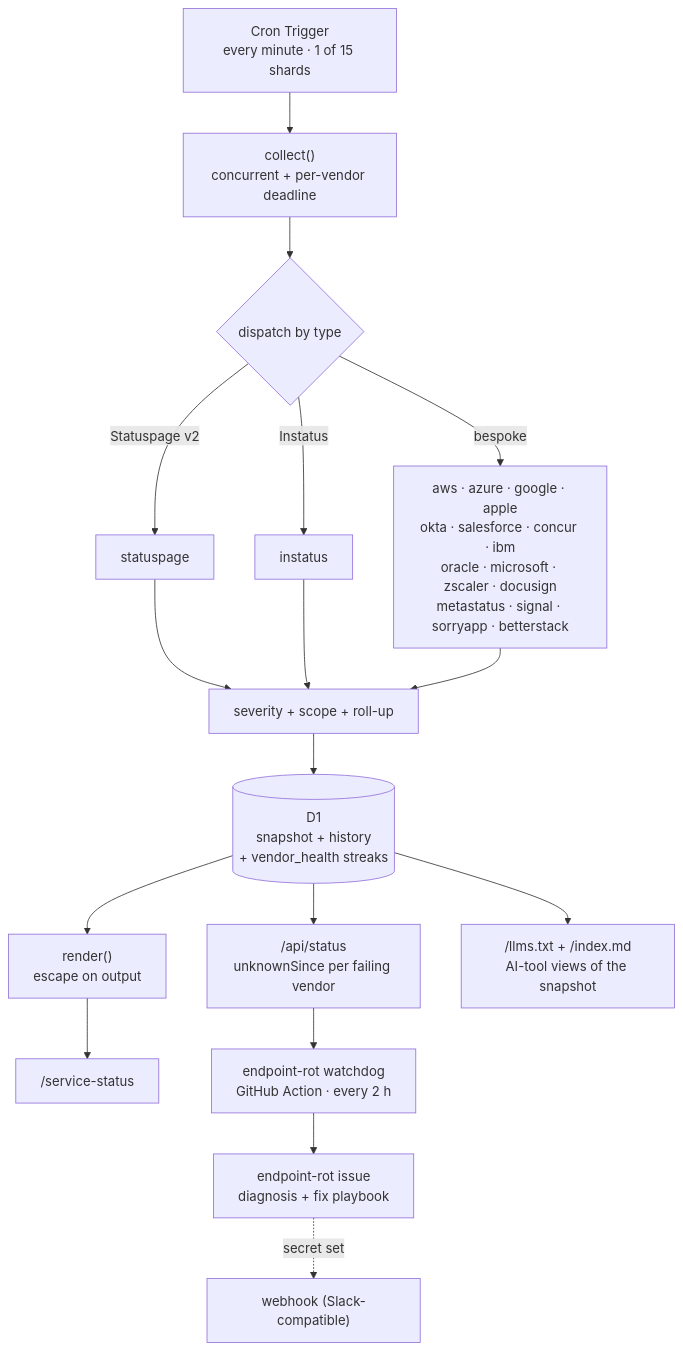
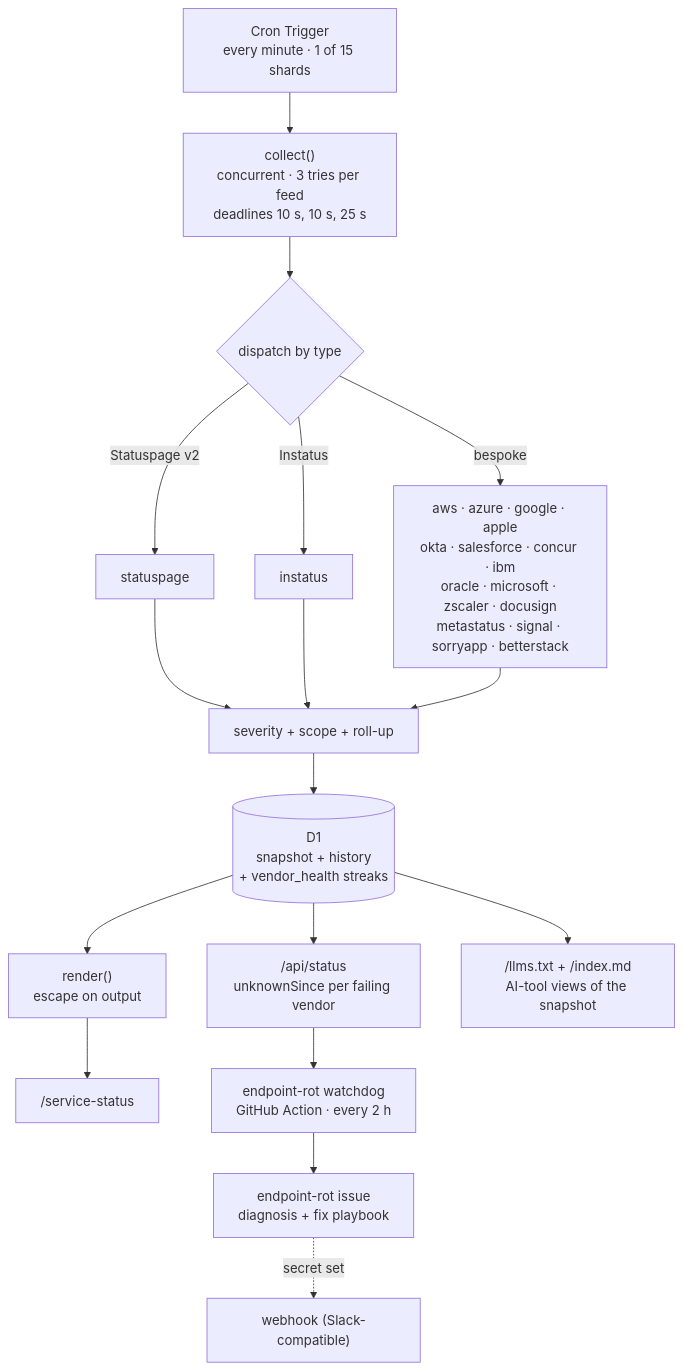
One commit to bjgreenberg/vendor-dashboard changed the first of 3 diagrams in README.md. Above: the diagram before and after it, drawn with Mermaid. The commit also changed other lines of this file and 5 other files, not shown here.

````diff
--- a/README.md
+++ b/README.md
@@ -82,19 +82,19 @@
 ```mermaid
 flowchart TB
-    cron["Cron Trigger<br/>every minute · 1 of 15 shards"] --> collect["collect()<br/>concurrent + per-vendor deadline"]
+    cron["Cron Trigger<br/>every minute · 1 of 15 shards"] --> collect["collect()<br/>concurrent · 3 tries per feed<br/>deadlines 10 s, 10 s, 25 s"]
     collect --> adapters{"dispatch by type"}
     adapters -->|"Statuspage v2"| a1["statuspage"]
     adapters -->|"Instatus"| a2["instatus"]
     adapters -->|"bespoke"| a3["aws · azure · google · apple<br/>okta · salesforce · concur · ibm<br/>oracle · microsoft · zscaler · docusign<br/>metastatus · signal · sorryapp · betterstack"]
     a1 --> norm["severity + scope + roll-up"]
     a2 --> norm
     a3 --> norm
     norm --> d1[("D1<br/>snapshot + history<br/>+ vendor_health streaks")]
     d1 --> render["render()<br/>escape on output"]
     render --> page["/service-status"]
     d1 --> api["/api/status<br/>unknownSince per failing vendor"]
     d1 --> ai["/llms.txt + /index.md<br/>AI-tool views of the snapshot"]
     api --> wd["endpoint-rot watchdog<br/>GitHub Action · every 2 h"]
     wd --> issue["endpoint-rot issue<br/>diagnosis + fix playbook"]
     issue -.->|"secret set"| slack["webhook (Slack-compatible)"]
 ```
````
